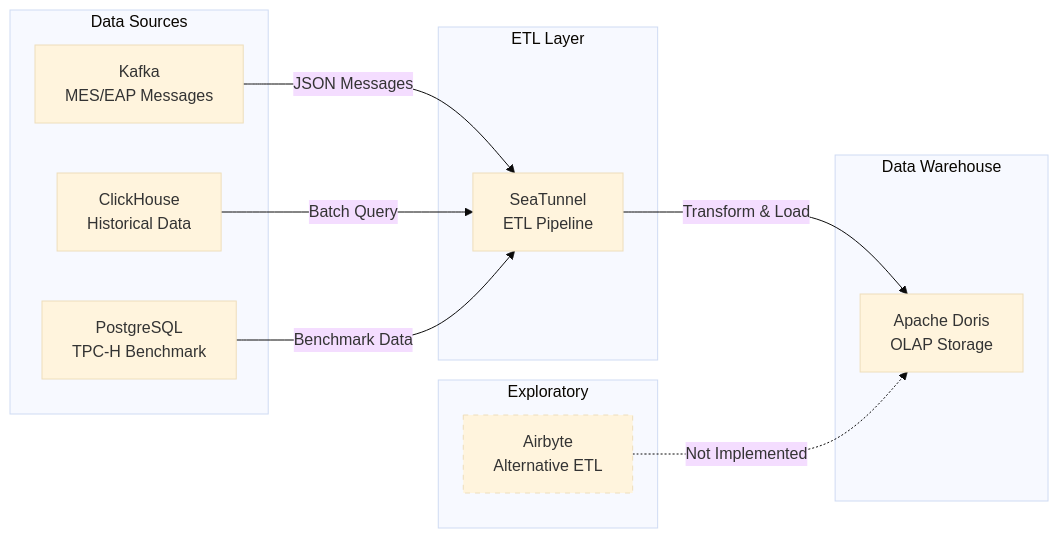
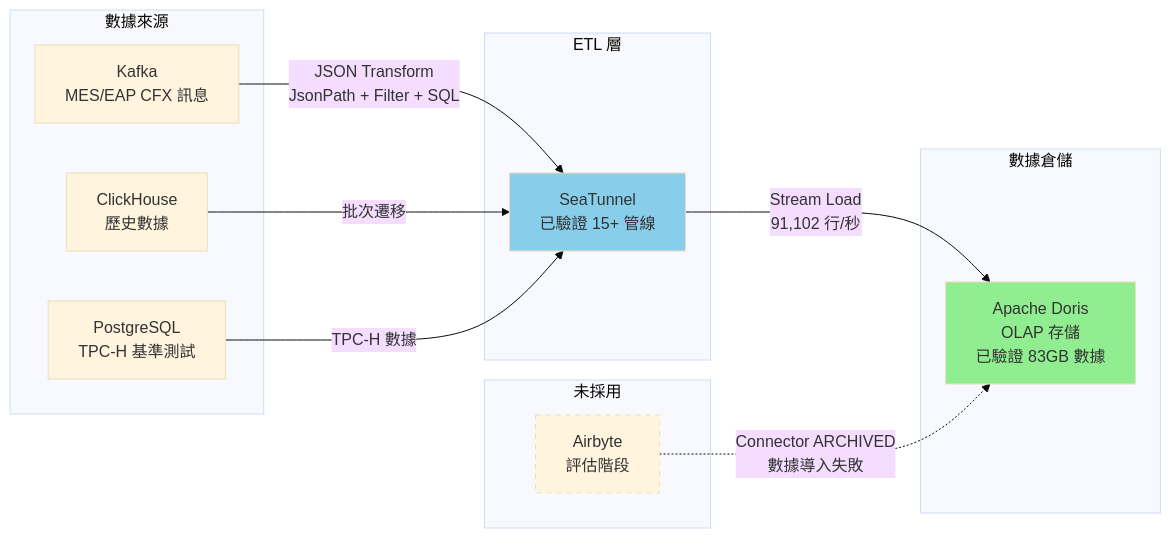
One commit to Han-lai/doris-seatunnel-etl-poc changed the diagram in README.md. Above: the diagram before and after it, drawn with Mermaid (base theme). The commit also changed other lines of this file and 1 other file, not shown here.

````diff
--- a/README.md
+++ b/README.md
@@ -97,29 +261,31 @@
 ```mermaid
 graph LR
-    subgraph "Data Sources"
-        A[Kafka<br/>MES/EAP Messages]
-        B[ClickHouse<br/>Historical Data]
-        C[PostgreSQL<br/>TPC-H Benchmark]
+    subgraph "數據來源"
+        A[Kafka<br/>MES/EAP CFX 訊息]
+        B[ClickHouse<br/>歷史數據]
+        C[PostgreSQL<br/>TPC-H 基準測試]
     end
     
-    subgraph "ETL Layer"
-        D[SeaTunnel<br/>ETL Pipeline]
+    subgraph "ETL 層"
+        D[SeaTunnel<br/>已驗證 15+ 管線]
     end
     
-    subgraph "Data Warehouse"
-        E[Apache Doris<br/>OLAP Storage]
+    subgraph "數據倉儲"
+        E[Apache Doris<br/>OLAP 存儲<br/>已驗證 83GB 數據]
     end
     
-    subgraph "Exploratory"
-        F[Airbyte<br/>Alternative ETL]
+    subgraph "未採用"
+        F[Airbyte<br/>評估階段]
     end
     
-    A -->|JSON Messages| D
-    B -->|Batch Query| D
-    C -->|Benchmark Data| D
-    D -->|Transform & Load| E
+    A -->|JSON Transform<br/>JsonPath + Filter + SQL| D
+    B -->|批次遷移| D
+    C -->|TPC-H 數據| D
+    D -->|Stream Load<br/>91,102 行/秒| E
     
-    F -.->|Not Implemented| E
+    F -.->|Connector ARCHIVED<br/>數據導入失敗| E
     
     style F stroke-dasharray: 5 5
+    style E fill:#90EE90
+    style D fill:#87CEEB
 ```
````
